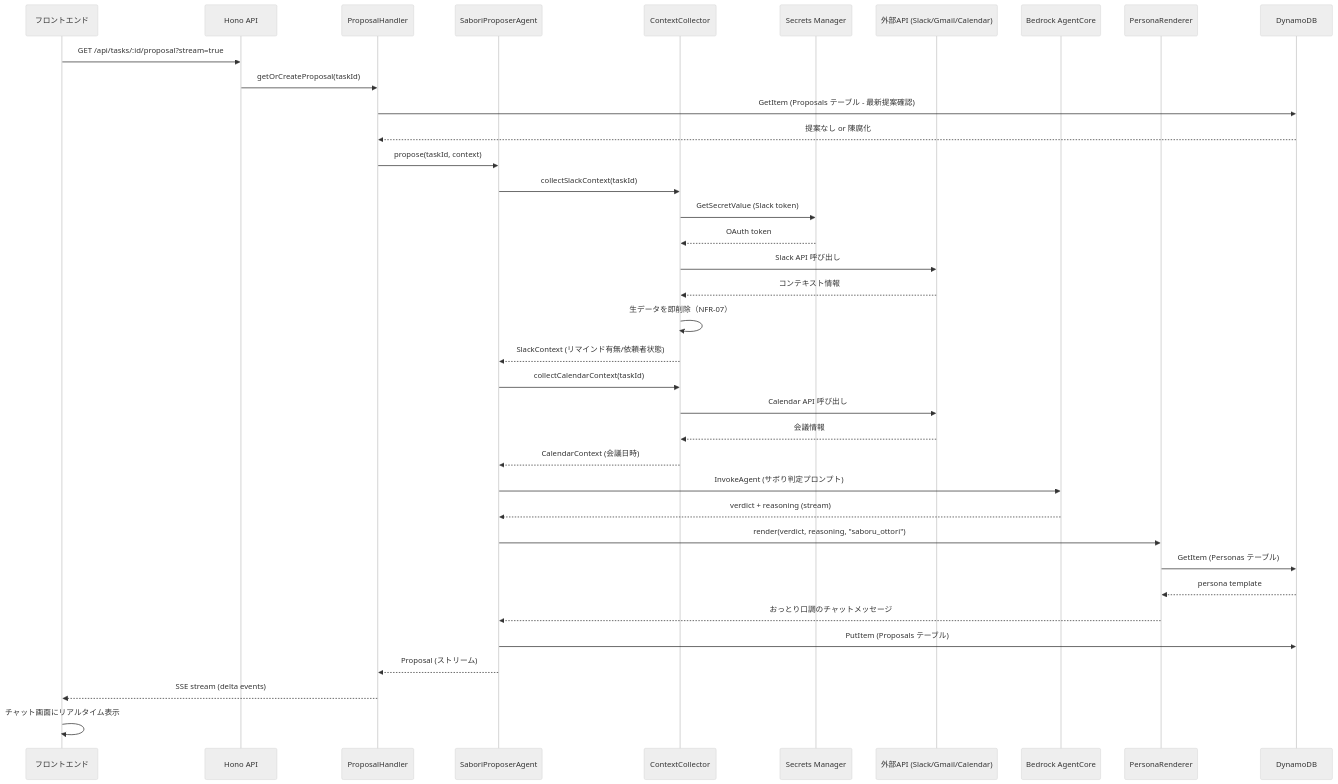
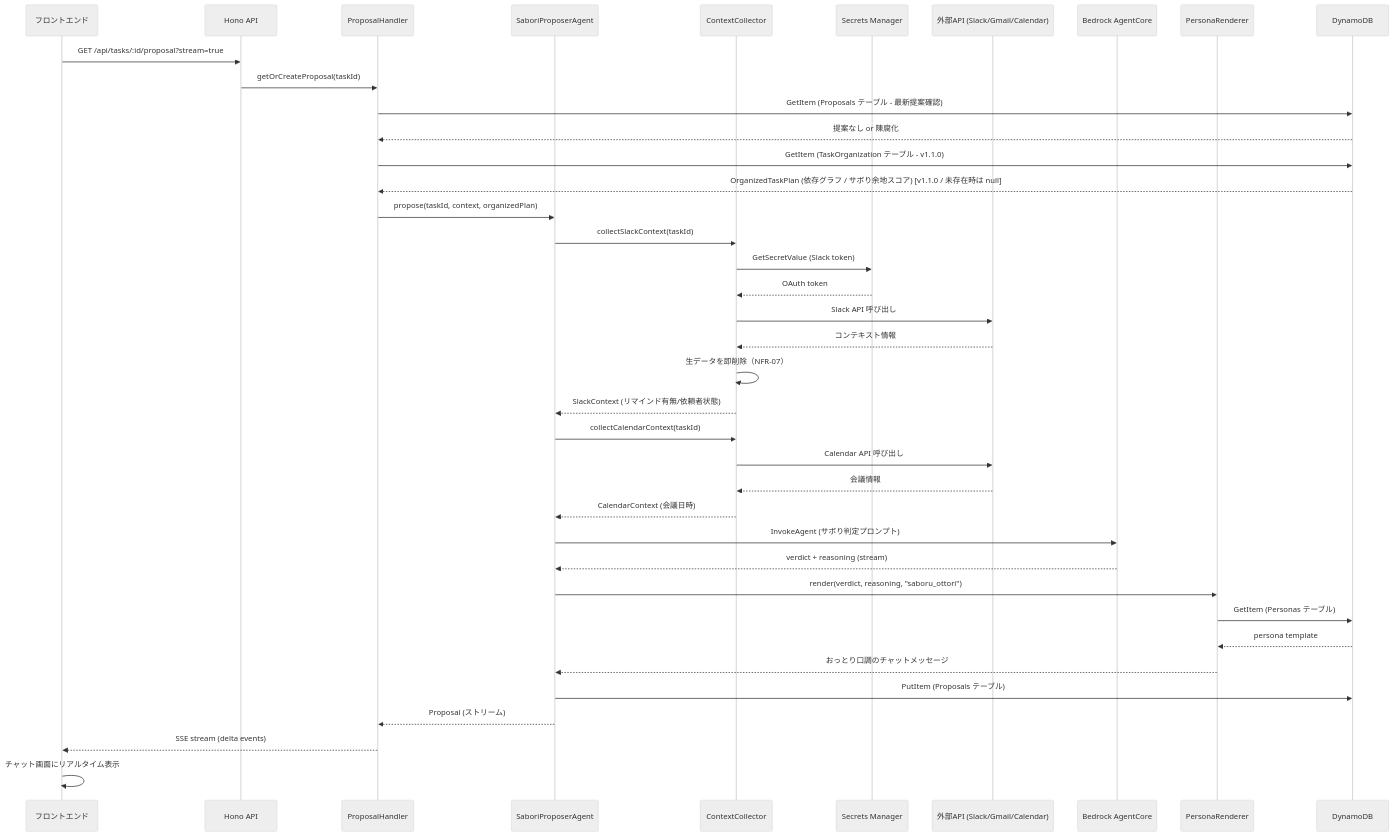
Before and after one commit to mashharuki/AWS-SummitHackathon-2026: the third of 8 diagrams in aidlc-docs/inception/application-design/application-design.md, drawn with Mermaid (neutral theme). The commit also changed other lines of this file and 7 other files, not shown here.

````diff
--- a/aidlc-docs/inception/application-design/application-design.md
+++ b/aidlc-docs/inception/application-design/application-design.md
@@ -513,40 +526,42 @@
 ```mermaid
 sequenceDiagram
     participant UI as フロントエンド
     participant API as Hono API
     participant PH as ProposalHandler
     participant SP as SaboriProposerAgent
     participant CC as ContextCollector
     participant SM as Secrets Manager
     participant ExtAPI as 外部API (Slack/Gmail/Calendar)
     participant BR as Bedrock AgentCore
     participant PR as PersonaRenderer
     participant DB as DynamoDB
 
     UI->>API: GET /api/tasks/:id/proposal?stream=true
     API->>PH: getOrCreateProposal(taskId)
     PH->>DB: GetItem (Proposals テーブル - 最新提案確認)
     DB-->>PH: 提案なし or 陳腐化
-    PH->>SP: propose(taskId, context)
+    PH->>DB: GetItem (TaskOrganization テーブル - v1.1.0)
+    DB-->>PH: OrganizedTaskPlan (依存グラフ / サボり余地スコア) [v1.1.0 / 未存在時は null]
+    PH->>SP: propose(taskId, context, organizedPlan)
     SP->>CC: collectSlackContext(taskId)
     CC->>SM: GetSecretValue (Slack token)
     SM-->>CC: OAuth token
     CC->>ExtAPI: Slack API 呼び出し
     ExtAPI-->>CC: コンテキスト情報
     CC->>CC: 生データを即削除（NFR-07）
     CC-->>SP: SlackContext (リマインド有無/依頼者状態)
     SP->>CC: collectCalendarContext(taskId)
     CC->>ExtAPI: Calendar API 呼び出し
     ExtAPI-->>CC: 会議情報
     CC-->>SP: CalendarContext (会議日時)
     SP->>BR: InvokeAgent (サボり判定プロンプト)
     BR-->>SP: verdict + reasoning (stream)
     SP->>PR: render(verdict, reasoning, "saboru_ottori")
     PR->>DB: GetItem (Personas テーブル)
     DB-->>PR: persona template
     PR-->>SP: おっとり口調のチャットメッセージ
     SP->>DB: PutItem (Proposals テーブル)
     SP-->>PH: Proposal (ストリーム)
     PH-->>UI: SSE stream (delta events)
     UI->>UI: チャット画面にリアルタイム表示
 ```
````
